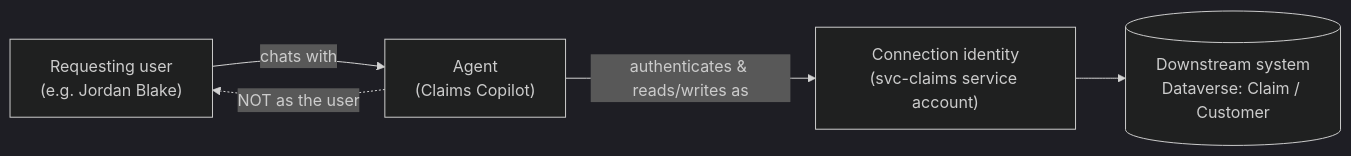
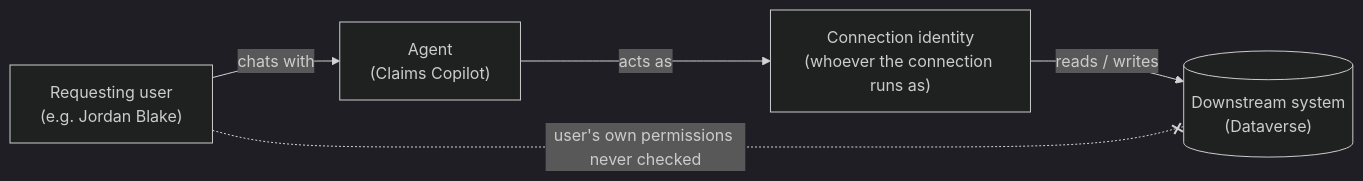
Before and after one commit to solliancenet/copilot-studio-shadow-agents-workshop: the diagram in docs/03_identity_and_effective_access/03_01.md, drawn with Mermaid (dark theme). The commit also changed other lines of this file, not shown here.

Commit message:
03_01: diagram shows the user's identity never reaches the data; drop spoilers

````diff
--- a/docs/03_identity_and_effective_access/03_01.md
+++ b/docs/03_identity_and_effective_access/03_01.md
@@ -134,7 +134,7 @@
 ```mermaid
 flowchart LR
   U["Requesting user<br/>(e.g. Jordan Blake)"] -->|chats with| A["Agent<br/>(Claims Copilot)"]
-  A -->|"authenticates & reads/writes as"| S["Connection identity<br/>(svc-claims service account)"]
-  S --> D[("Downstream system<br/>Dataverse: Claim / Customer")]
-  A -. "NOT as the user" .-> U
+  A -->|acts as| S["Connection identity<br/>(whoever the connection runs as)"]
+  S -->|reads / writes| D[("Downstream system<br/>(Dataverse)")]
+  U -. "user's own permissions never checked" .-x D
 ```
````
